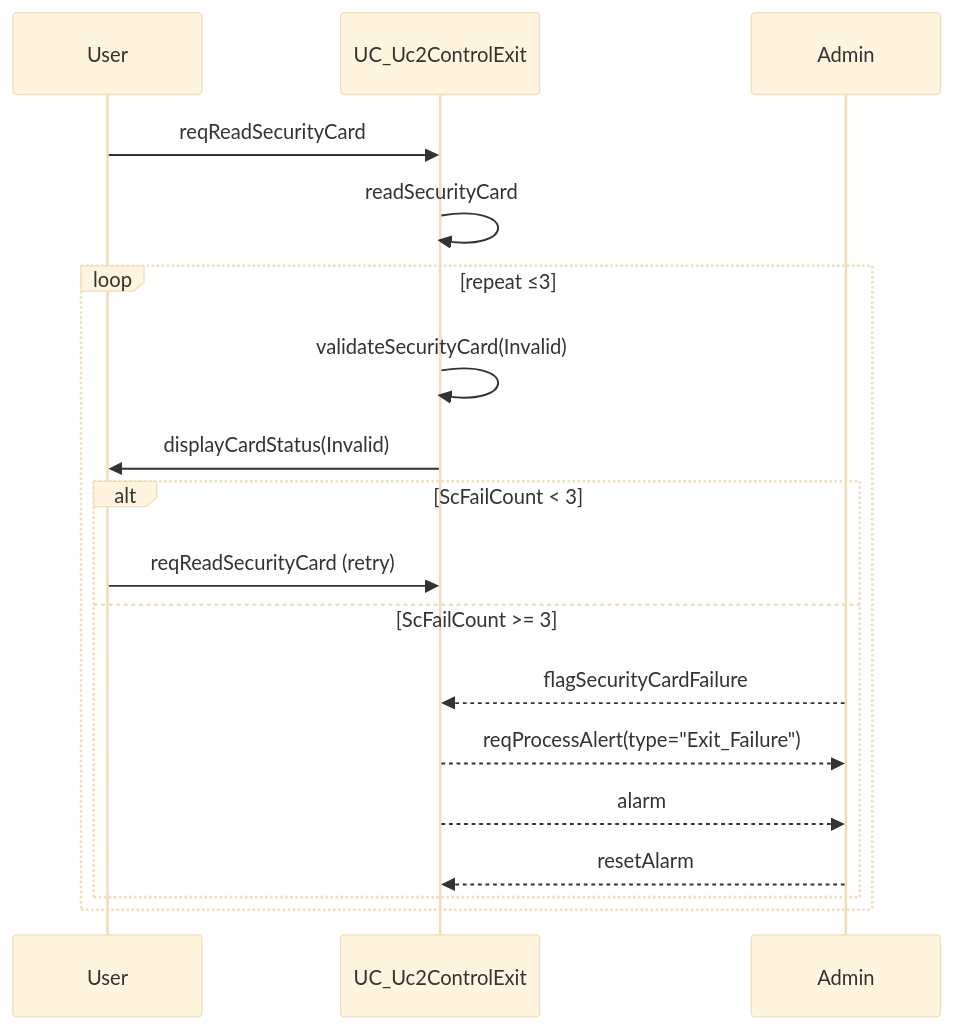
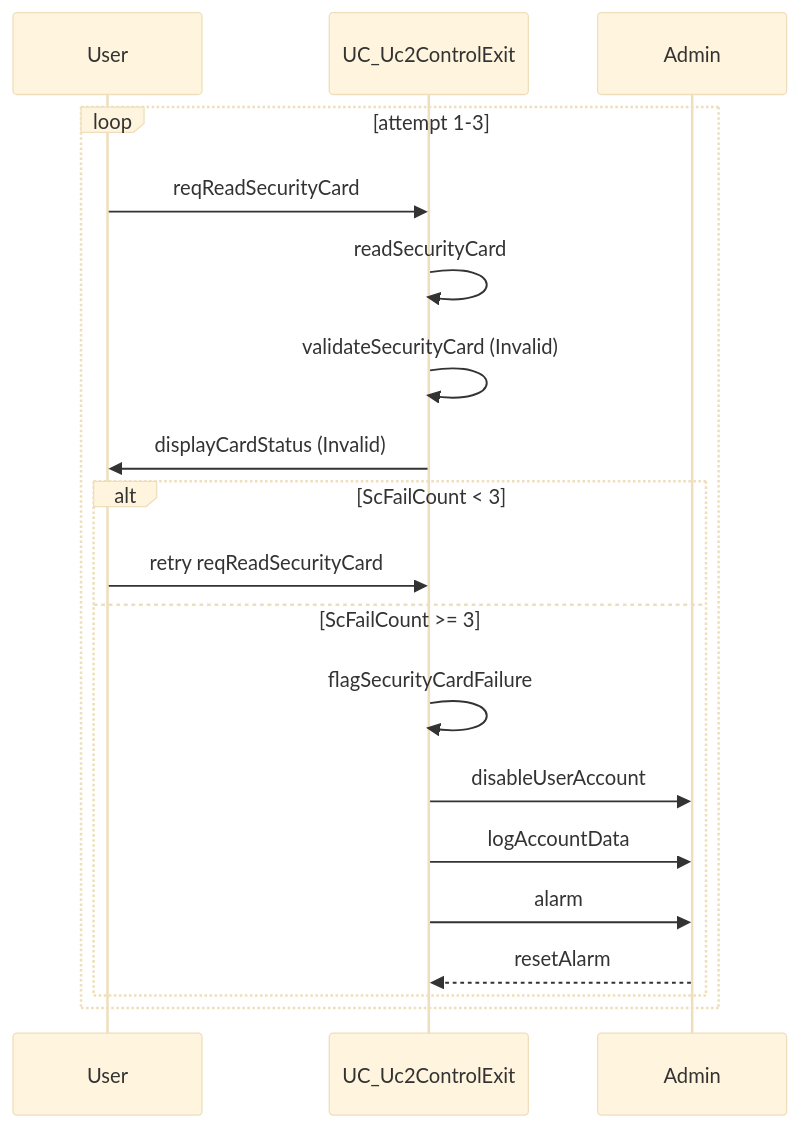
Before and after one commit to musel25/lab_software_eng: the diagram in code/diagram10_3.mmd, drawn with Mermaid (base theme). The commit also changed 2 other files, not shown here.

```diff
--- a/code/diagram10_3.mmd
+++ b/code/diagram10_3.mmd
@@ -1,19 +1,21 @@
 sequenceDiagram
     participant User
     participant System as UC_Uc2ControlExit
     participant Admin
 
-    User  ->> System : reqReadSecurityCard
-    System ->> System : readSecurityCard
-    loop repeat ≤3
-        System ->> System : validateSecurityCard(Invalid)
-        System ->> User   : displayCardStatus(Invalid)
+    loop attempt 1-3
+        User  ->> System  : reqReadSecurityCard
+        System ->> System : readSecurityCard
+        System ->> System : validateSecurityCard  (Invalid)
+        System ->> User   : displayCardStatus     (Invalid)
+
         alt ScFailCount < 3
-            User ->> System : reqReadSecurityCard (retry)
+            User ->> System : retry reqReadSecurityCard
         else ScFailCount >= 3
-            Admin -->> System : flagSecurityCardFailure
-            System -->> Admin : reqProcessAlert(type="Exit_Failure")
-            System -->> Admin : alarm
+            System ->> System : flagSecurityCardFailure
+            System ->> Admin  : disableUserAccount
+            System ->> Admin  : logAccountData
+            System ->> Admin  : alarm
             Admin  -->> System : resetAlarm
         end
     end
```
